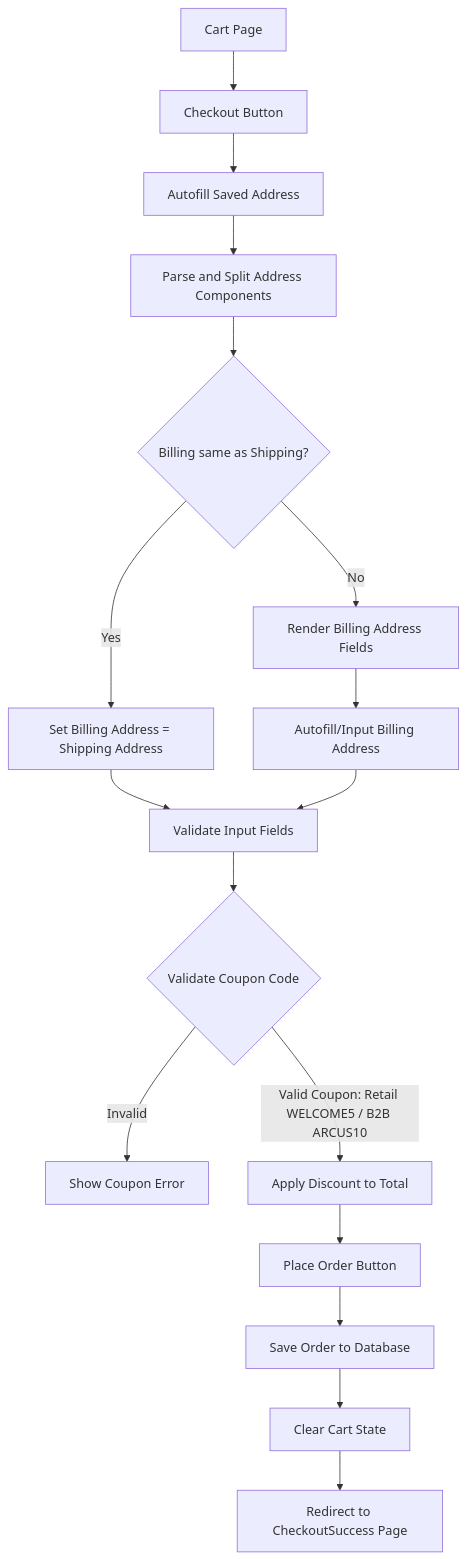
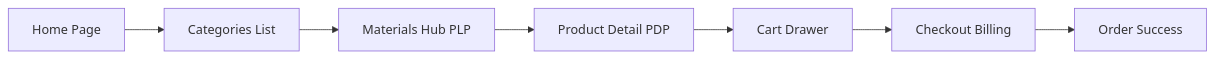
Before and after one commit to Abhijeetm96/Arcus-B2B: the third of 6 diagrams in README.md, drawn with Mermaid. The commit also changed other lines of this file and 14 other files, not shown here.

````diff
--- a/README.md
+++ b/README.md
@@ -495,19 +148,9 @@
 ```mermaid
-flowchart TD
-    A[Cart Page] --> B[Checkout Button]
-    B --> C[Autofill Saved Address]
-    C --> D[Parse and Split Address Components]
-    D --> E{Billing same as Shipping?}
-    E -->|Yes| F[Set Billing Address = Shipping Address]
-    E -->|No| G[Render Billing Address Fields]
-    G --> H[Autofill/Input Billing Address]
-    F --> I[Validate Input Fields]
-    H --> I
-    I --> J{Validate Coupon Code}
-    J -->|Invalid| K[Show Coupon Error]
-    J -->|Valid Coupon: Retail WELCOME5 / B2B ARCUS10| L[Apply Discount to Total]
-    L --> M[Place Order Button]
-    M --> N[Save Order to Database]
-    N --> O[Clear Cart State]
-    O --> P[Redirect to CheckoutSuccess Page]
+graph LR
+    A[Home Page] --> B[Categories List]
+    B --> C[Materials Hub PLP]
+    C --> D[Product Detail PDP]
+    D --> E[Cart Drawer]
+    E --> F[Checkout Billing]
+    F --> G[Order Success]
 ```
````
